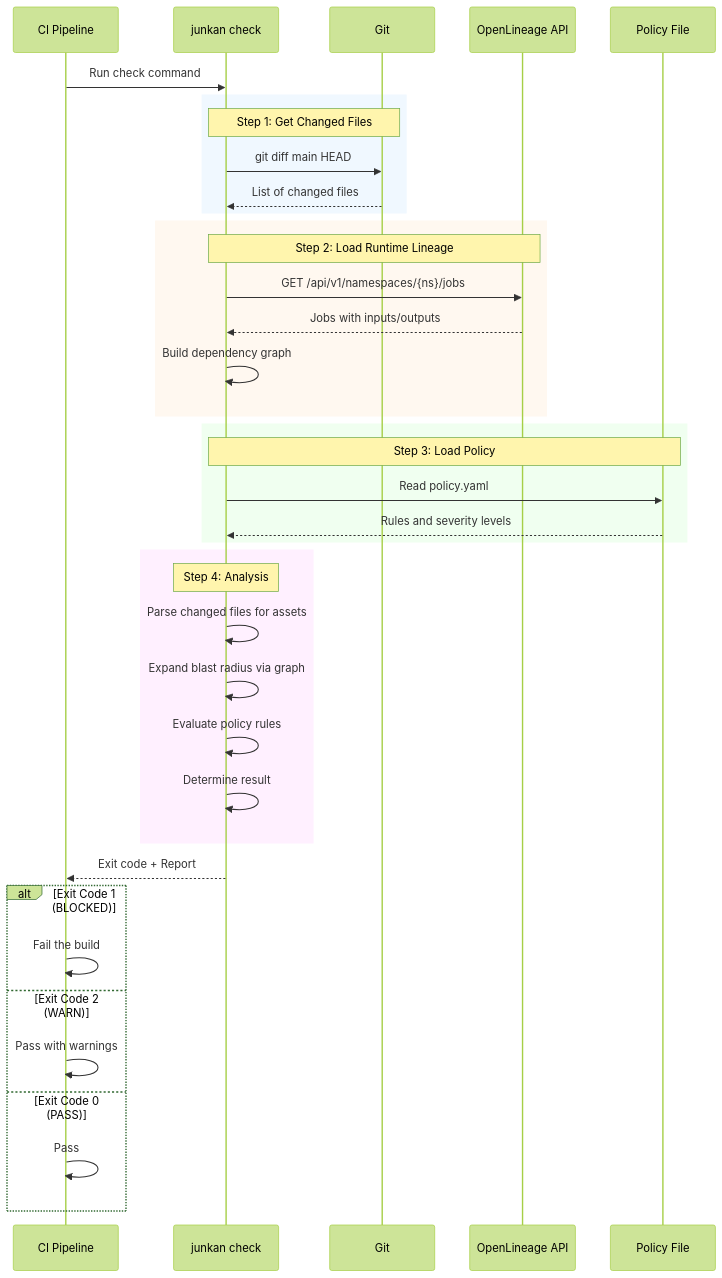
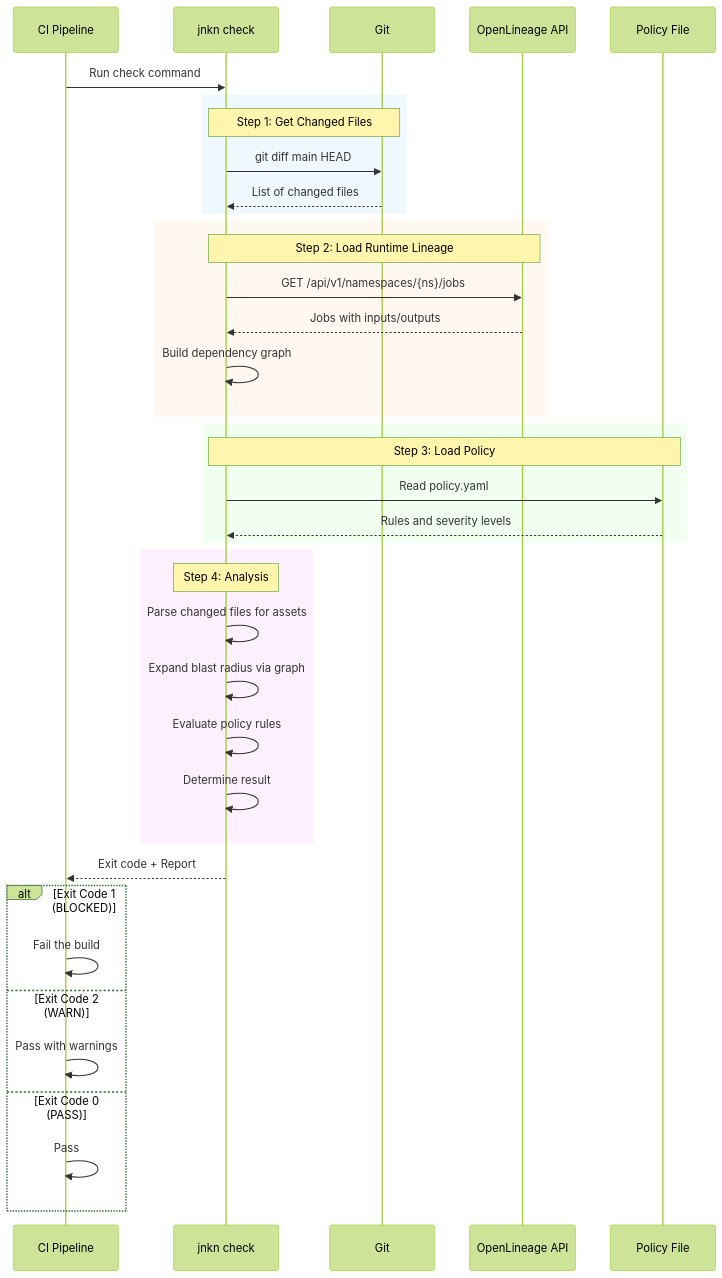
One commit to bordumb/junkan changed the fourth of 7 diagrams in docs/cicd_date/design.md. Above: the diagram before and after it, drawn with Mermaid (forest theme). The commit also changed other lines of this file and 157 other files, not shown here.

````diff
--- a/docs/cicd_date/design.md
+++ b/docs/cicd_date/design.md
@@ -284,47 +284,47 @@
 ```mermaid
 sequenceDiagram
     participant CI as CI Pipeline
-    participant Check as junkan check
+    participant Check as jnkn check
     participant Git as Git
     participant OL as OpenLineage API
     participant Policy as Policy File
     
     CI->>Check: Run check command
     
     rect rgb(240, 248, 255)
         Note over Check,Git: Step 1: Get Changed Files
         Check->>Git: git diff main HEAD
         Git-->>Check: List of changed files
     end
     
     rect rgb(255, 248, 240)
         Note over Check,OL: Step 2: Load Runtime Lineage
         Check->>OL: GET /api/v1/namespaces/{ns}/jobs
         OL-->>Check: Jobs with inputs/outputs
         Check->>Check: Build dependency graph
     end
     
     rect rgb(240, 255, 240)
         Note over Check,Policy: Step 3: Load Policy
         Check->>Policy: Read policy.yaml
         Policy-->>Check: Rules and severity levels
     end
     
     rect rgb(255, 240, 255)
         Note over Check: Step 4: Analysis
         Check->>Check: Parse changed files for assets
         Check->>Check: Expand blast radius via graph
         Check->>Check: Evaluate policy rules
         Check->>Check: Determine result
     end
     
     Check-->>CI: Exit code + Report
     
     alt Exit Code 1 (BLOCKED)
         CI->>CI: Fail the build
     else Exit Code 2 (WARN)
         CI->>CI: Pass with warnings
     else Exit Code 0 (PASS)
         CI->>CI: Pass
     end
 ```
````
